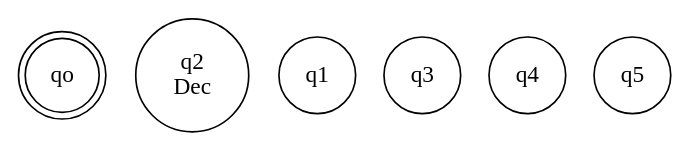
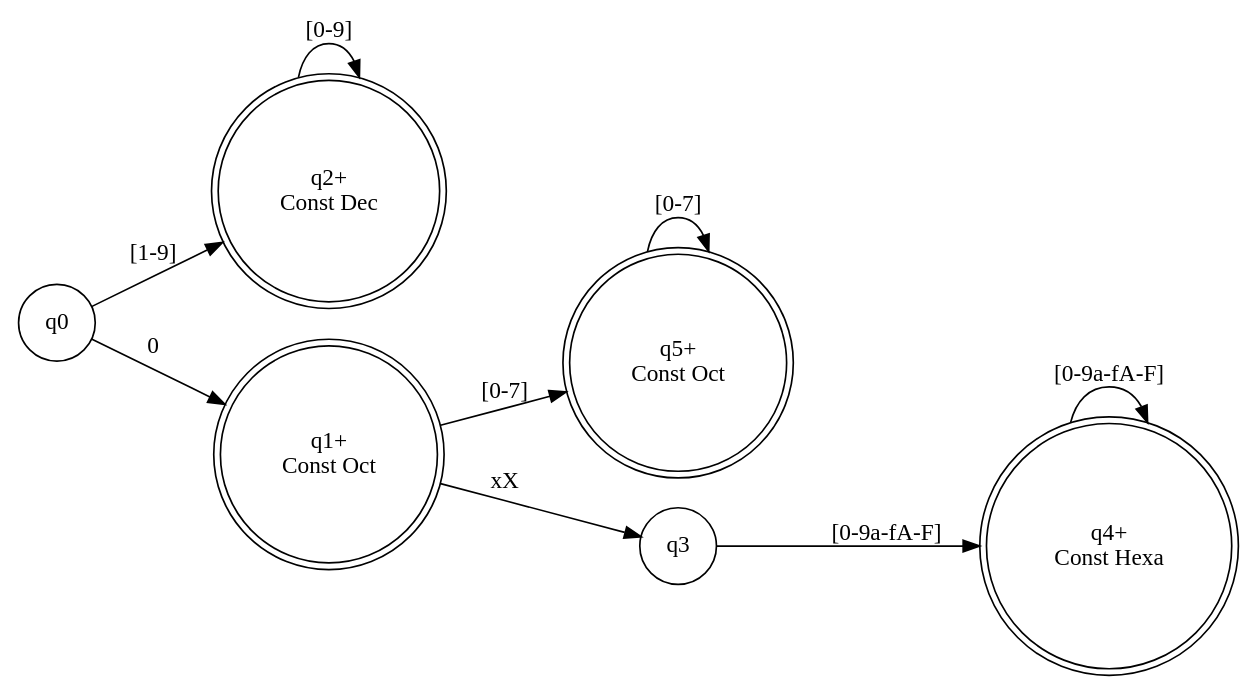
The diagram in AFD/automataFinDet.dot (mmercedesotero/Analizador-Sint-ctico-L-xico-y-Sem-ntico), drawn with Graphviz before and after one commit.

Commit message:
Up AFD.dot

```diff
--- a/AFD/automataFinDet.dot
+++ b/AFD/automataFinDet.dot
@@ -1,11 +1,17 @@
 digraph AFD { 
+  rankdir=LR; 
   node [shape=circle];
-  qo [ shape=doublecircle];
-  q2 [label ="q2\n Dec"];
-  qo ;
-  q1 ;
-  q2 ;
-  q3 ;
-  q4 ;
-  q5 ;
+  q0 ;
+  q2 [label ="q2+\n Const Dec",shape=doublecircle];
+  q1 [label ="q1+\n Const Oct",shape=doublecircle];
+  q5 [label ="q5+\n Const Oct",shape=doublecircle];
+  q4 [label ="q4+\n Const Hexa",shape=doublecircle];
+  q0 -> q2 [label = "[1-9]"];
+  q2 -> q2 [label = "[0-9]"];
+  q0 -> q1 [label ="0"];
+  q1 -> q3 [label ="xX"];
+  q1 -> q5 [label = "[0-7]"];
+  q5 -> q5 [label = "[0-7]"];
+  q3 -> q4 [label = "[0-9a-fA-F]"];
+  q4 -> q4 [label = "[0-9a-fA-F]"]
 } 
```
